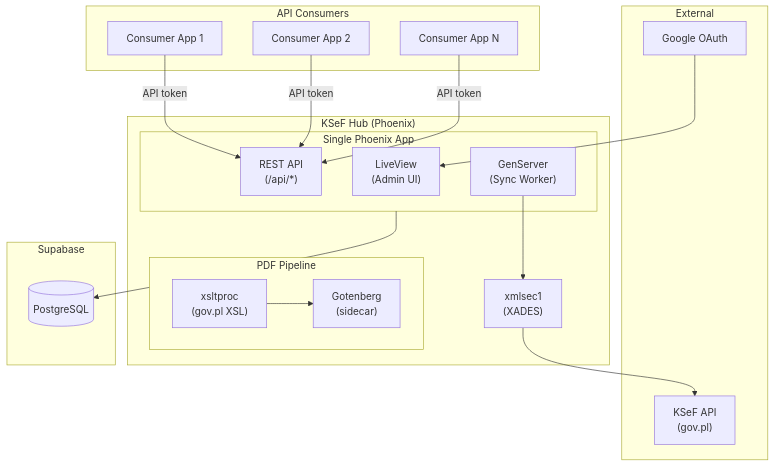
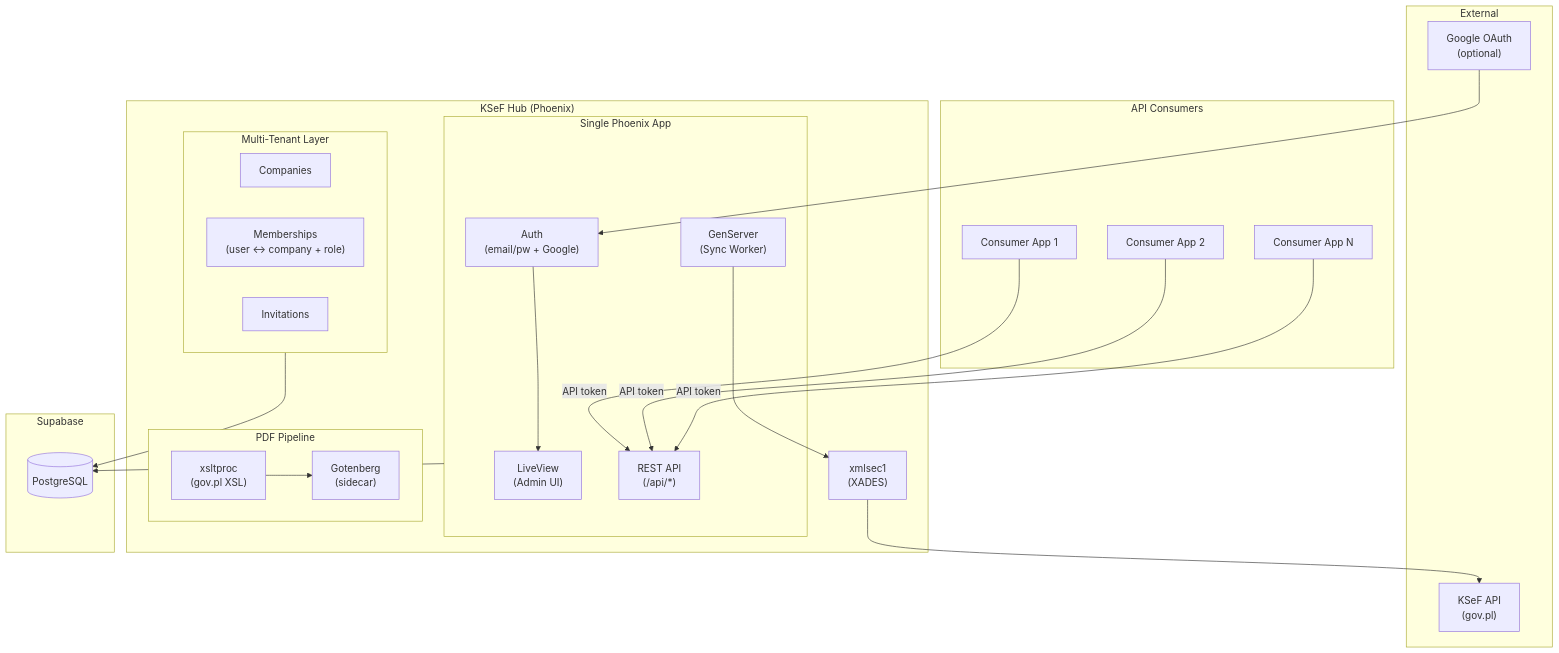
One commit to appunite/appunite-ksef-ex changed the first of 4 diagrams in docs/prd.md. Above: the diagram before and after it, drawn with Mermaid. The commit also changed other lines of this file and 1 other file, not shown here.

````diff
--- a/docs/prd.md
+++ b/docs/prd.md
@@ -200,42 +239,51 @@
 ```mermaid
 flowchart TB
     subgraph external["External"]
         ksef["KSeF API\n(gov.pl)"]
-        google["Google OAuth"]
+        google["Google OAuth\n(optional)"]
     end
 
     subgraph hub["KSeF Hub (Phoenix)"]
         subgraph phoenix["Single Phoenix App"]
+            auth["Auth\n(email/pw + Google)"]
             live["LiveView\n(Admin UI)"]
             api["REST API\n(/api/*)"]
             sync["GenServer\n(Sync Worker)"]
+        end
+
+        subgraph membership["Multi-Tenant Layer"]
+            companies["Companies"]
+            memberships["Memberships\n(user ↔ company + role)"]
+            invitations["Invitations"]
         end
 
         subgraph pdf["PDF Pipeline"]
             xslt["xsltproc\n(gov.pl XSL)"]
             gotenberg["Gotenberg\n(sidecar)"]
         end
 
         xmlsec["xmlsec1\n(XADES)"]
     end
 
     subgraph supabase["Supabase"]
         db[("PostgreSQL")]
     end
 
     subgraph consumers["API Consumers"]
         app1["Consumer App 1"]
         app2["Consumer App 2"]
         app3["Consumer App N"]
     end
 
-    google --> live
+    google --> auth
+    auth --> live
     sync --> xmlsec
     xmlsec --> ksef
     phoenix --> db
+    membership --> db
     xslt --> gotenberg
 
     app1 -->|API token| api
     app2 -->|API token| api
     app3 -->|API token| api
 ```
````
